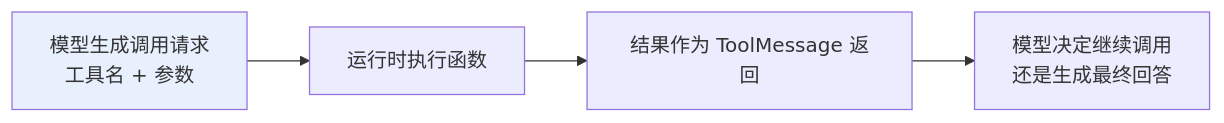
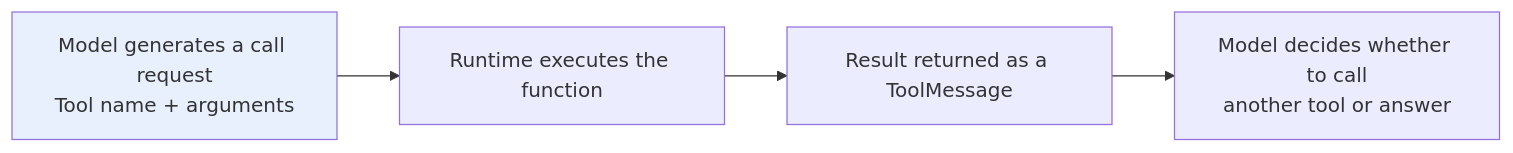
The first of 3 diagrams in docs/frameworks/01-langchain/02-agent-building/05-tool-registration.md (oneleaveknowsthefall/awesome-ai-roadmap), drawn with Mermaid before and after one commit. The commit also changed other lines of this file and 70 other files, not shown here.

````diff
--- a/docs/frameworks/01-langchain/02-agent-building/05-tool-registration.md
+++ b/docs/frameworks/01-langchain/02-agent-building/05-tool-registration.md
@@ -17,8 +17,8 @@
 ```mermaid
 flowchart LR
-    M["模型生成调用请求<br/>工具名 + 参数"] --> R["运行时执行函数"]
-    R --> T["结果作为 ToolMessage 返回"]
-    T --> M2["模型决定继续调用<br/>还是生成最终回答"]
+    M["Model generates a call request<br/>Tool name + arguments"] --> R["Runtime executes the function"]
+    R --> T["Result returned as a ToolMessage"]
+    T --> M2["Model decides whether to call<br/>another tool or answer"]
 
     style M fill:#e8f0fe
 ```
````
